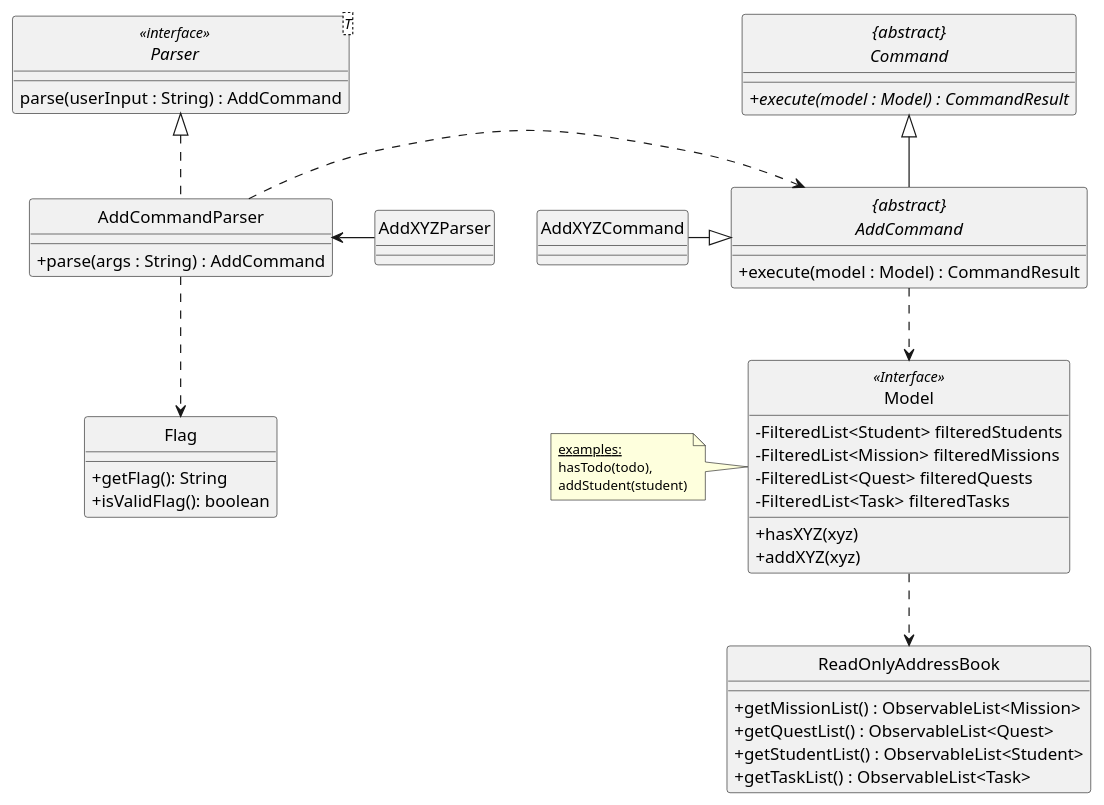
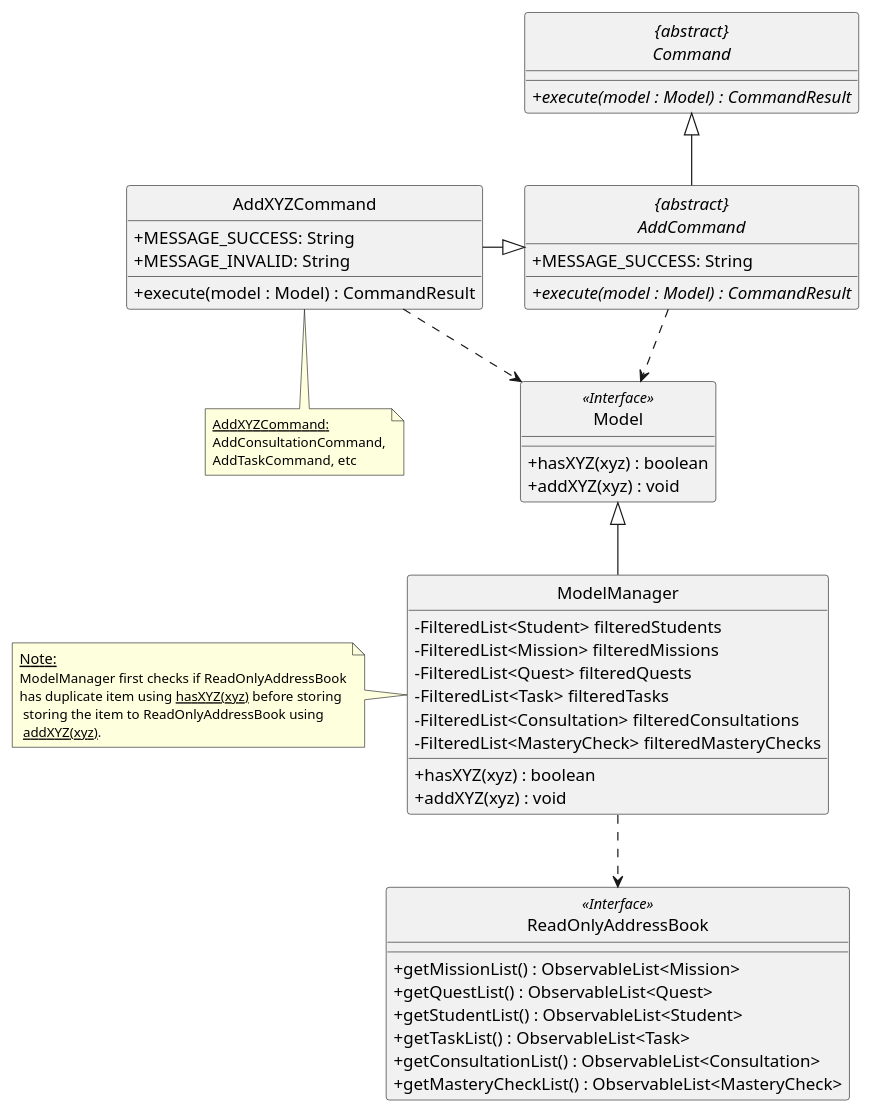
Before and after one commit to wireseo/tp: the diagram in docs/diagrams/AddCommandClassDiagram.puml, drawn with PlantUML. The commit also changed 2 other files, not shown here.

Commit message:
update AddCommandClassDiagram

```diff
--- a/docs/diagrams/AddCommandClassDiagram.puml
+++ b/docs/diagrams/AddCommandClassDiagram.puml
@@ -1,68 +1,82 @@
 @startuml
 skinparam backgroundColor #ffffff
 skinparam classAttributeIconSize 0
 hide circle
 
-class AddXYZCommand
+class AddXYZCommand {
+    /' Attributes '/
+    + MESSAGE_SUCCESS: String
+    + MESSAGE_INVALID: String
+
+    /' Methods '/
+    + execute(model : Model) : CommandResult
+}
 
 abstract class "{abstract}\nCommand" {
     + {abstract} execute(model : Model) : CommandResult
 }
 
 class Model <<Interface>> {
+    /' Methods '/
+    + hasXYZ(xyz) : boolean
+    + addXYZ(xyz) : void
+}
+
+class ModelManager {
     /' Attributes '/
     - FilteredList<Student> filteredStudents
     - FilteredList<Mission> filteredMissions
     - FilteredList<Quest> filteredQuests
     - FilteredList<Task> filteredTasks
+    - FilteredList<Consultation> filteredConsultations
+    - FilteredList<MasteryCheck> filteredMasteryChecks
 
     /' Methods '/
-    + hasXYZ(xyz)
-    + addXYZ(xyz)
+    + hasXYZ(xyz) : boolean
+    + addXYZ(xyz) : void
 }
 
-class ReadOnlyAddressBook {
+class ReadOnlyAddressBook <<Interface>> {
     + getMissionList() : ObservableList<Mission>
     + getQuestList() : ObservableList<Quest>
     + getStudentList() : ObservableList<Student>
     + getTaskList() : ObservableList<Task>
+    + getConsultationList() : ObservableList<Consultation>
+    + getMasteryCheckList() : ObservableList<MasteryCheck>
 }
 
 abstract class "{abstract}\nAddCommand"{
+    /' Attributes '/
+    + MESSAGE_SUCCESS: String
     /' Methods '/
-    + execute(model : Model) : CommandResult
+    + {abstract} execute(model : Model) : CommandResult
 }
 
-class AddCommandParser implements Parser {
-    /' Methods '/
-    + parse(args : String) : AddCommand
-}
+"{abstract}\nAddCommand" -up-|> "{abstract}\nCommand"
 
-interface Parser<T> <<interface>> {
-    parse(userInput : String) : AddCommand
-}
-
-class Flag {
-    + getFlag(): String
-    + isValidFlag(): boolean
-}
-
-class AddXYZParser
-
-"{abstract}\nAddCommand" <..left AddCommandParser
-"{abstract}\nAddCommand" ..> Model
-Model ..> ReadOnlyAddressBook
-"{abstract}\nAddCommand" --up|> "{abstract}\nCommand"
-AddCommandParser ..> Flag
+"{abstract}\nAddCommand" .down.> Model
 
 AddXYZCommand -right-|> "{abstract}\nAddCommand"
-AddXYZParser -left-> AddCommandParser
+AddXYZCommand ..> Model
+
+ModelManager -up-|> Model
+ModelManager .down.> ReadOnlyAddressBook
 
 note as N1
-  <size: 11><u>examples:</u>
-  <size: 11>hasTodo(todo),</size>
-  <size: 11>addStudent(student)</size>
+  <size: 12><u>Note:</u>
+  <size: 11>ModelManager first checks if ReadOnlyAddressBook
+  <size: 11>has duplicate item using <u>hasXYZ(xyz)</u> before storing
+  <size: 11> storing the item to ReadOnlyAddressBook using
+  <size: 11> <u>addXYZ(xyz)</u>.
 end note
 
-N1 .right. Model
+note as N2
+    <size: 11><u>AddXYZCommand:</u>
+    <size: 11>AddConsultationCommand,
+    <size: 11>AddTaskCommand, etc
+end note
+
+N1 .right ModelManager
+N2 .up. AddXYZCommand
+
 @enduml
```
